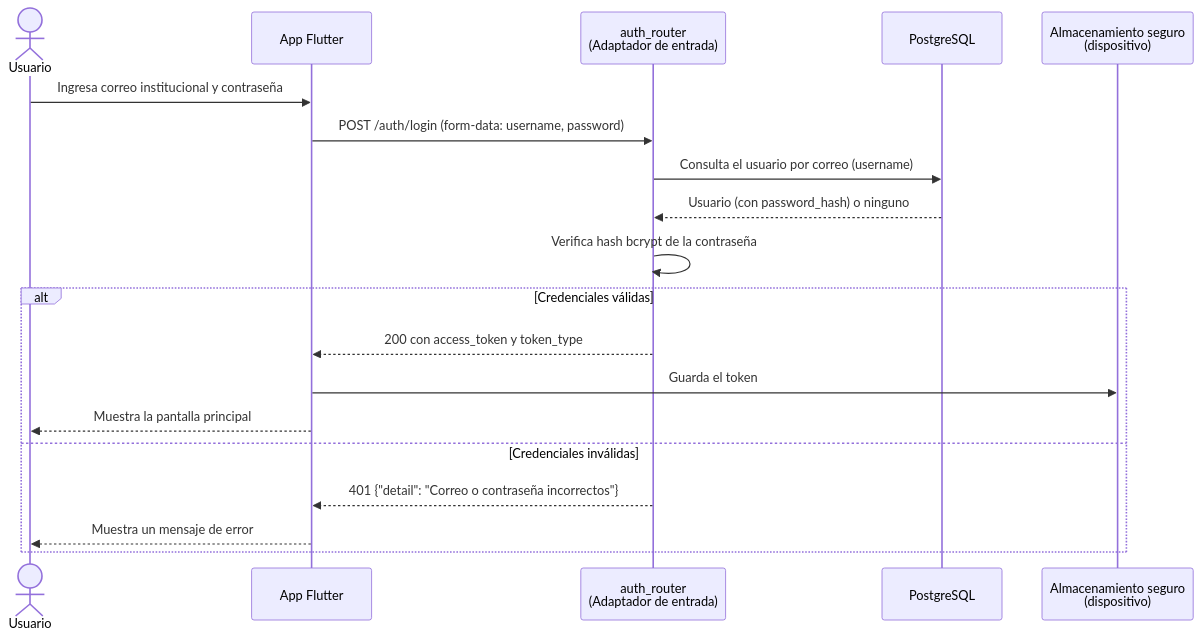
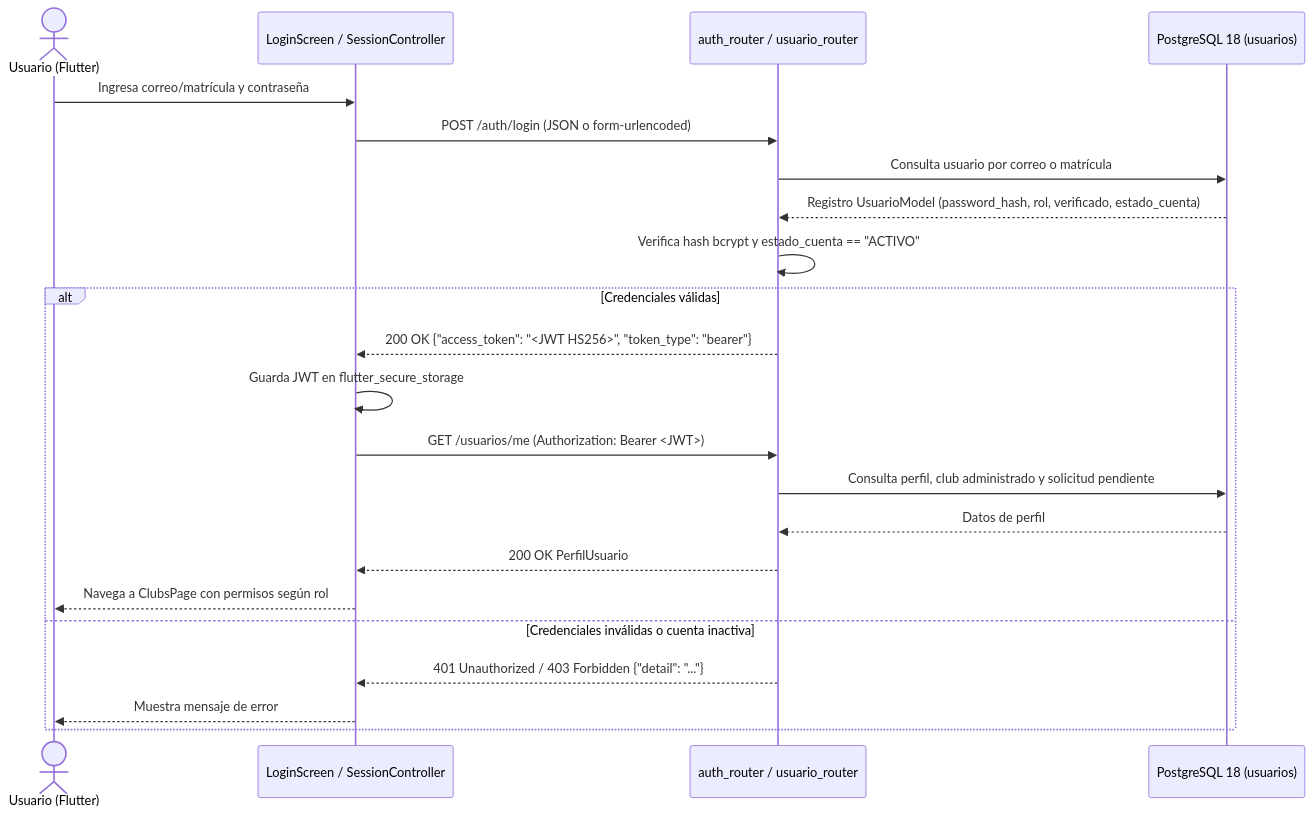
One commit to ISCOUTB/AS_202620_Clubs_UTB changed the second of 4 diagrams in docs/arc42/06_vista_de_ejecucion.md. Above: the diagram before and after it, drawn with Mermaid. The commit also changed other lines of this file and 42 other files, not shown here.

````diff
--- a/docs/arc42/06_vista_de_ejecucion.md
+++ b/docs/arc42/06_vista_de_ejecucion.md
@@ -46,22 +38,25 @@
 ```mermaid
 sequenceDiagram
-    actor U as Usuario
-    participant APP as App Flutter
-    participant R as auth_router<br/>(Adaptador de entrada)
-    participant DB as PostgreSQL
-    participant S as Almacenamiento seguro<br/>(dispositivo)
+    actor U as Usuario (Flutter)
+    participant UI as LoginScreen / SessionController
+    participant API as auth_router / usuario_router
+    participant DB as PostgreSQL 18 (usuarios)
 
-    U->>APP: Ingresa correo institucional y contraseña
-    APP->>R: POST /auth/login (form-data: username, password)
-    R->>DB: Consulta el usuario por correo (username)
-    DB-->>R: Usuario (con password_hash) o ninguno
-    R->>R: Verifica hash bcrypt de la contraseña
+    U->>UI: Ingresa correo/matrícula y contraseña
+    UI->>API: POST /auth/login (JSON o form-urlencoded)
+    API->>DB: Consulta usuario por correo o matrícula
+    DB-->>API: Registro UsuarioModel (password_hash, rol, verificado, estado_cuenta)
+    API->>API: Verifica hash bcrypt y estado_cuenta == "ACTIVO"
     alt Credenciales válidas
-        R-->>APP: 200 con access_token y token_type
-        APP->>S: Guarda el token
-        APP-->>U: Muestra la pantalla principal
-    else Credenciales inválidas
-        R-->>APP: 401 {"detail": "Correo o contraseña incorrectos"}
-        APP-->>U: Muestra un mensaje de error
+        API-->>UI: 200 OK {"access_token": "<JWT HS256>", "token_type": "bearer"}
+        UI->>UI: Guarda JWT en flutter_secure_storage
+        UI->>API: GET /usuarios/me (Authorization: Bearer <JWT>)
+        API->>DB: Consulta perfil, club administrado y solicitud pendiente
+        DB-->>API: Datos de perfil
+        API-->>UI: 200 OK PerfilUsuario
+        UI-->>U: Navega a ClubsPage con permisos según rol
+    else Credenciales inválidas o cuenta inactiva
+        API-->>UI: 401 Unauthorized / 403 Forbidden {"detail": "..."}
+        UI-->>U: Muestra mensaje de error
     end
 ```
````
